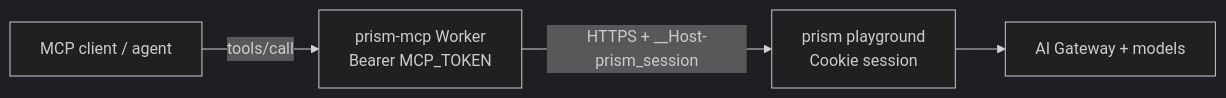
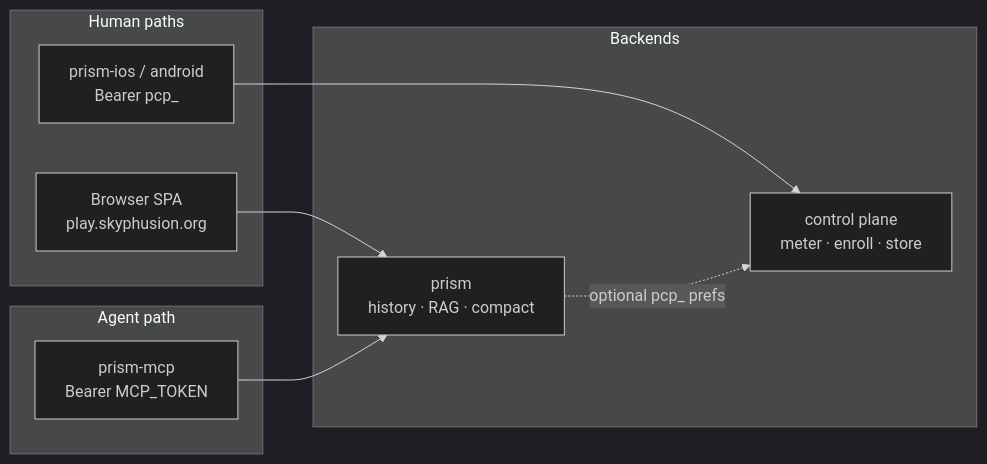
Before and after one commit to skyphusion-labs/prism-mcp: the sixth of 6 diagrams in README.md, drawn with Mermaid (dark theme). The commit also changed other lines of this file and 4 other files, not shown here.

First line of the commit message:
docs: mermaid architecture and parity diagrams (#7)

````diff
--- a/README.md
+++ b/README.md
@@ -20,11 +136,21 @@
 ```mermaid
 flowchart LR
-  Agent["MCP client / agent"]
-  MCP["prism-mcp Worker<br/>Bearer MCP_TOKEN"]
-  Prism["prism playground<br/>Cookie session"]
-  GW["AI Gateway + models"]
+  subgraph human["Human paths"]
+    SPA["Browser SPA<br/>play.skyphusion.org"]
+    iOS["prism-ios / android<br/>Bearer pcp_"]
+  end
 
-  Agent -->|"tools/call"| MCP
-  MCP -->|"HTTPS + __Host-prism_session"| Prism
-  Prism --> GW
+  subgraph agent["Agent path"]
+    MCP["prism-mcp<br/>Bearer MCP_TOKEN"]
+  end
+
+  subgraph backends["Backends"]
+    Prism["prism<br/>history · RAG · compact"]
+    Plane["control plane<br/>meter · enroll · store"]
+  end
+
+  SPA --> Prism
+  MCP --> Prism
+  iOS --> Plane
+  Prism -.->|"optional pcp_ prefs"| Plane
 ```
````
